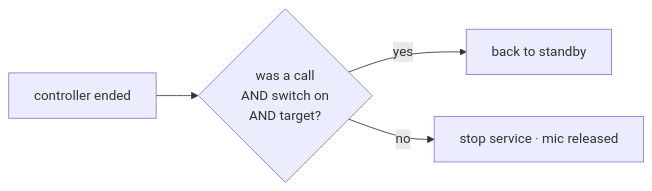
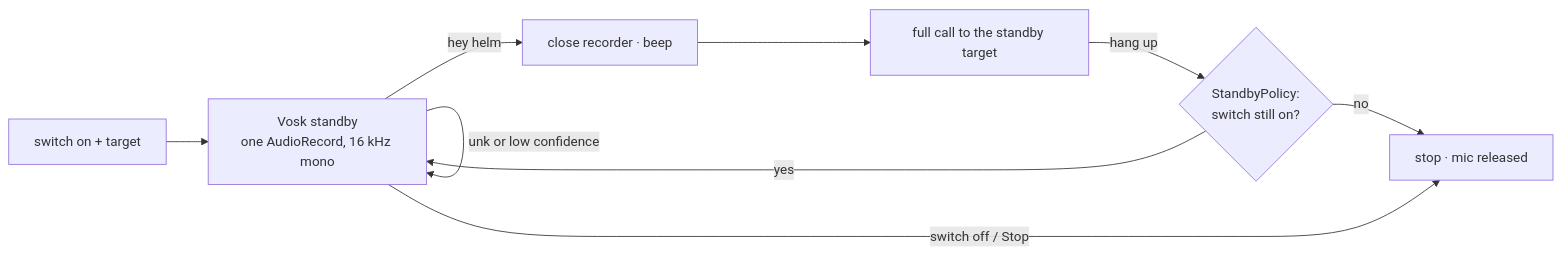
The eighth of 10 diagrams in docs/voice-operator.md (PetePeter/helm), drawn with Mermaid before and after one commit. The commit also changed other lines of this file and 15 other files, not shown here.

First line of the commit message:
feat(voice): offline Hey Helm wake word via Vosk keyword spotting

````diff
--- a/docs/voice-operator.md
+++ b/docs/voice-operator.md
@@ -317,6 +280,11 @@
 ```mermaid
 flowchart LR
-    E[controller ended] --> Q{was a call<br/>AND switch on<br/>AND target?}
-    Q -- yes --> S[back to standby]
-    Q -- no --> X[stop service · mic released]
+    On[switch on + target] --> V[Vosk standby<br/>one AudioRecord, 16 kHz mono]
+    V -- unk or low confidence --> V
+    V -- "hey helm" --> W[close recorder · beep]
+    W --> C[full call to the standby target]
+    C -- hang up --> P{StandbyPolicy:<br/>switch still on?}
+    P -- yes --> V
+    P -- no --> X[stop · mic released]
+    V -- switch off / Stop --> X
 ```
````
